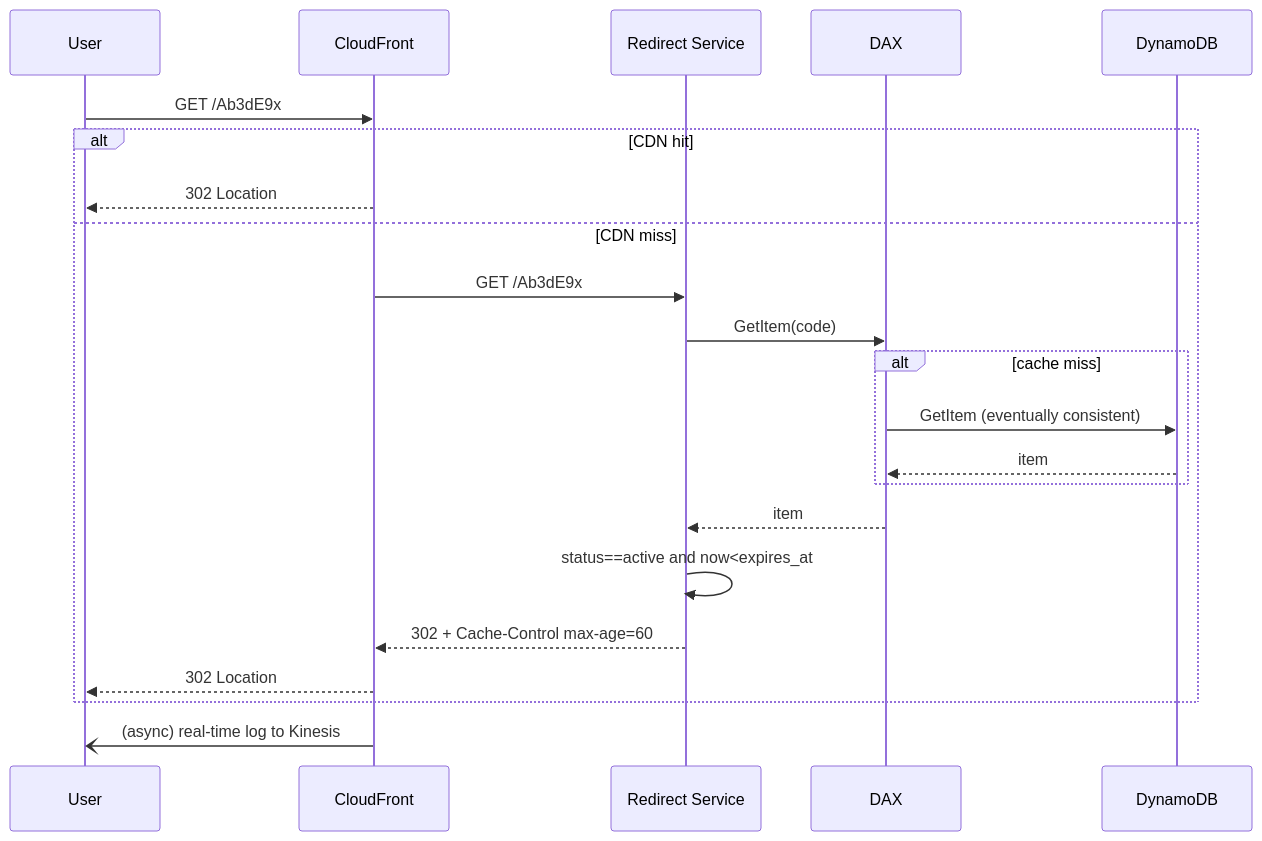
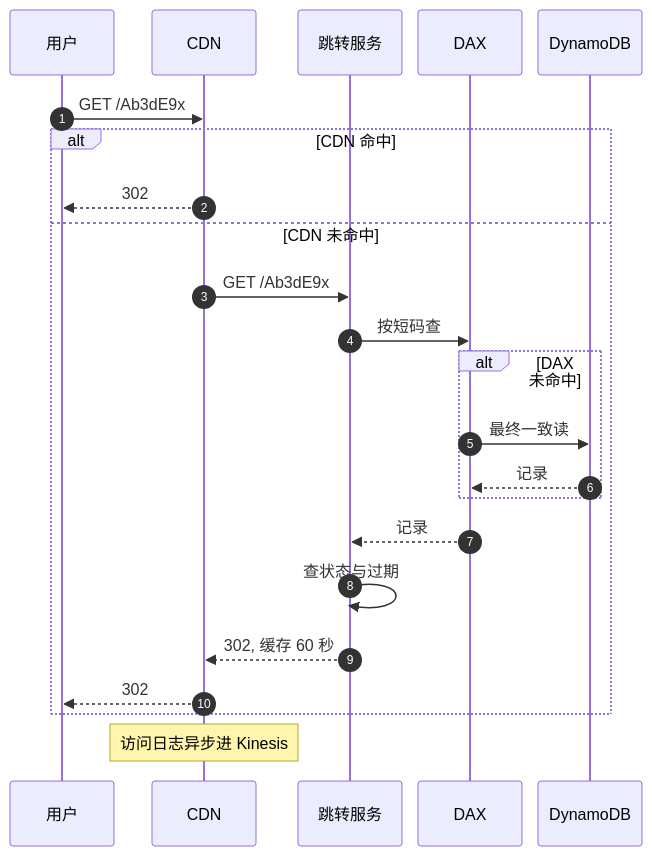
Before and after one commit to ChiChasesCheese/trellis: the third of 5 diagrams in vault/interviews/core/system-design/sd01-url-shortener.md, drawn with Mermaid. The commit also changed other lines of this file and 69 other files, not shown here.

First line of the commit message:
Rewrite pass to WRITING_RULES: SD01-07, LLD amazon leaves 5-12, coding notes + cards; diagrams fit the page

````diff
--- a/vault/interviews/core/system-design/sd01-url-shortener.md
+++ b/vault/interviews/core/system-design/sd01-url-shortener.md
@@ -126,24 +130,26 @@
 ```mermaid
+%%{init: {'sequence': {'actorMargin': 16, 'width': 104, 'messageMargin': 28}}}%%
 sequenceDiagram
-    participant U as User
-    participant CF as CloudFront
-    participant RS as Redirect Service
+    autonumber
+    participant U as 用户
+    participant CF as CDN
+    participant RS as 跳转服务
     participant DX as DAX
     participant DB as DynamoDB
     U->>CF: GET /Ab3dE9x
-    alt CDN hit
-        CF-->>U: 302 Location
-    else CDN miss
+    alt CDN 命中
+        CF-->>U: 302
+    else CDN 未命中
         CF->>RS: GET /Ab3dE9x
-        RS->>DX: GetItem(code)
-        alt cache miss
-            DX->>DB: GetItem (eventually consistent)
-            DB-->>DX: item
+        RS->>DX: 按短码查
+        alt DAX 未命中
+            DX->>DB: 最终一致读
+            DB-->>DX: 记录
         end
-        DX-->>RS: item
-        RS->>RS: status==active and now<expires_at
-        RS-->>CF: 302 + Cache-Control max-age=60
-        CF-->>U: 302 Location
+        DX-->>RS: 记录
+        RS->>RS: 查状态与过期
+        RS-->>CF: 302, 缓存 60 秒
+        CF-->>U: 302
     end
-    CF-)U: (async) real-time log to Kinesis
+    Note over CF: 访问日志异步进 Kinesis
 ```
````
